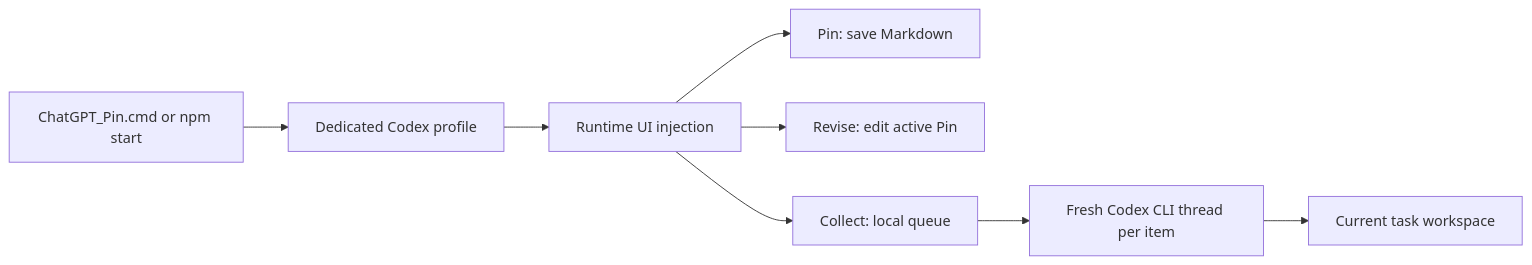
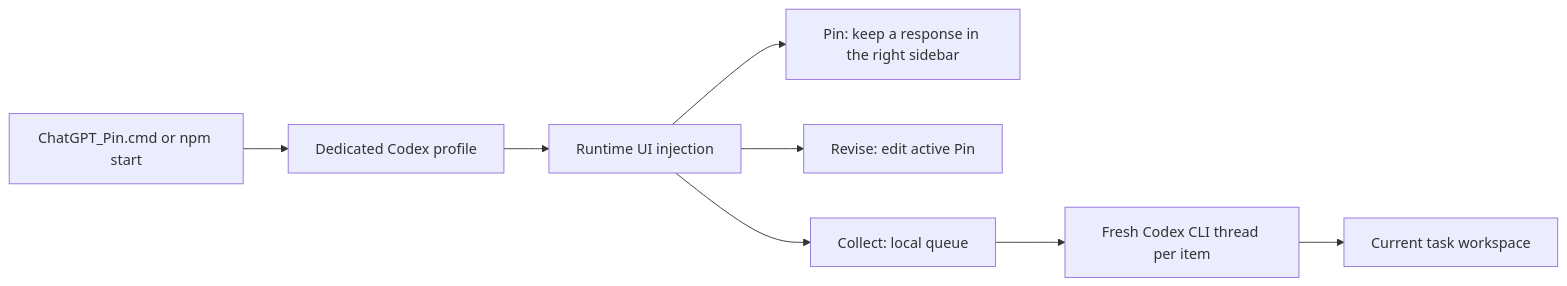
The diagram in README.md (Ace199/codex_pin_cdp), drawn with Mermaid before and after one commit. The commit also changed other lines of this file, not shown here.

Commit message:
docs: clarify persistent Pin behavior

````diff
--- a/README.md
+++ b/README.md
@@ -123,10 +128,10 @@
 ```mermaid
 flowchart LR
     A[ChatGPT_Pin.cmd or npm start] --> B[Dedicated Codex profile]
     B --> C[Runtime UI injection]
-    C --> D[Pin: save Markdown]
+    C --> D[Pin: keep a response in the right sidebar]
     C --> E[Revise: edit active Pin]
     C --> F[Collect: local queue]
     F --> G[Fresh Codex CLI thread per item]
     G --> H[Current task workspace]
 ```
````
